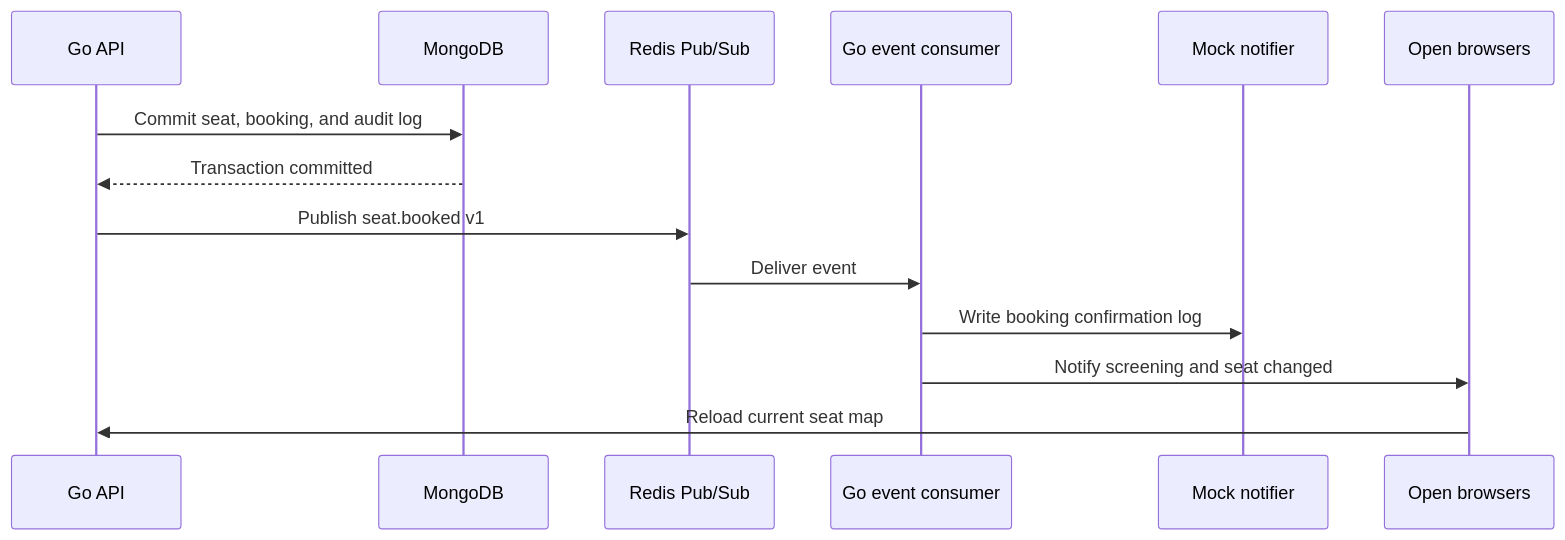
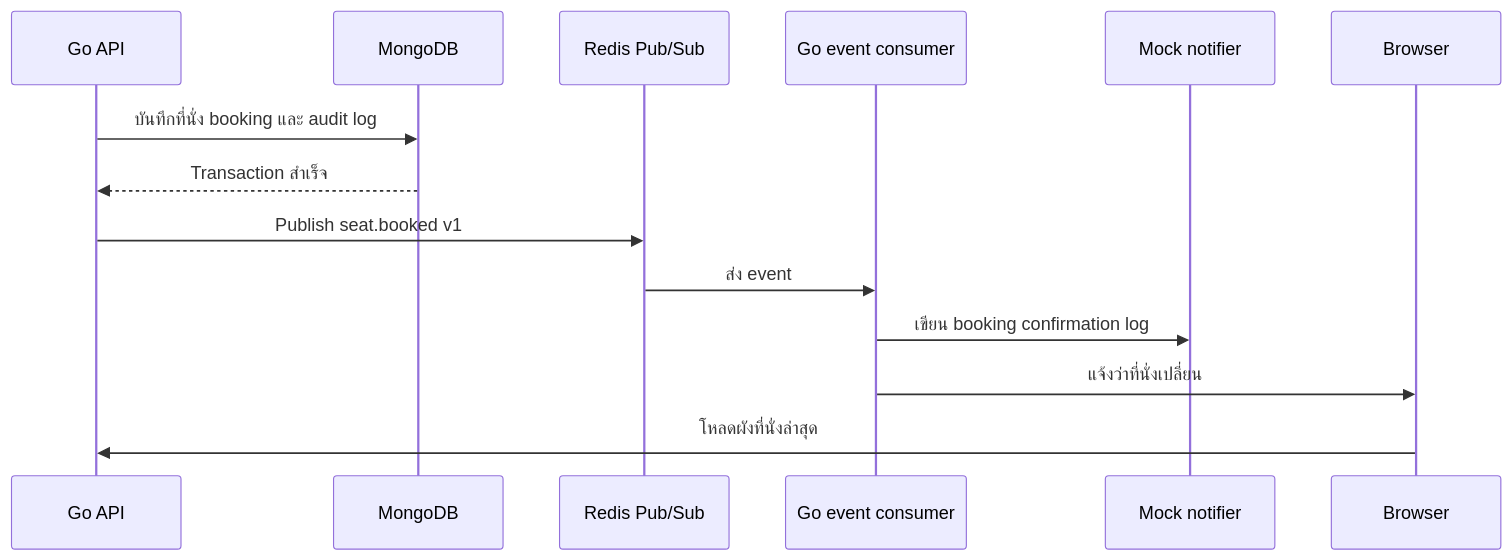
One commit to stormsmash/Cinema-ticket-booking-system changed the second of 2 diagrams in README.md. Above: the diagram before and after it, drawn with Mermaid. The commit also changed other lines of this file and 1 other file, not shown here.

````diff
--- a/README.md
+++ b/README.md
@@ -144,17 +138,17 @@
 ```mermaid
 sequenceDiagram
     participant API as Go API
     participant DB as MongoDB
     participant MQ as Redis Pub/Sub
     participant Consumer as Go event consumer
     participant Mock as Mock notifier
-    participant UI as Open browsers
+    participant UI as Browser
 
-    API->>DB: Commit seat, booking, and audit log
-    DB-->>API: Transaction committed
+    API->>DB: บันทึกที่นั่ง booking และ audit log
+    DB-->>API: Transaction สำเร็จ
     API->>MQ: Publish seat.booked v1
-    MQ->>Consumer: Deliver event
-    Consumer->>Mock: Write booking confirmation log
-    Consumer->>UI: Notify screening and seat changed
-    UI->>API: Reload current seat map
+    MQ->>Consumer: ส่ง event
+    Consumer->>Mock: เขียน booking confirmation log
+    Consumer->>UI: แจ้งว่าที่นั่งเปลี่ยน
+    UI->>API: โหลดผังที่นั่งล่าสุด
 ```
````
